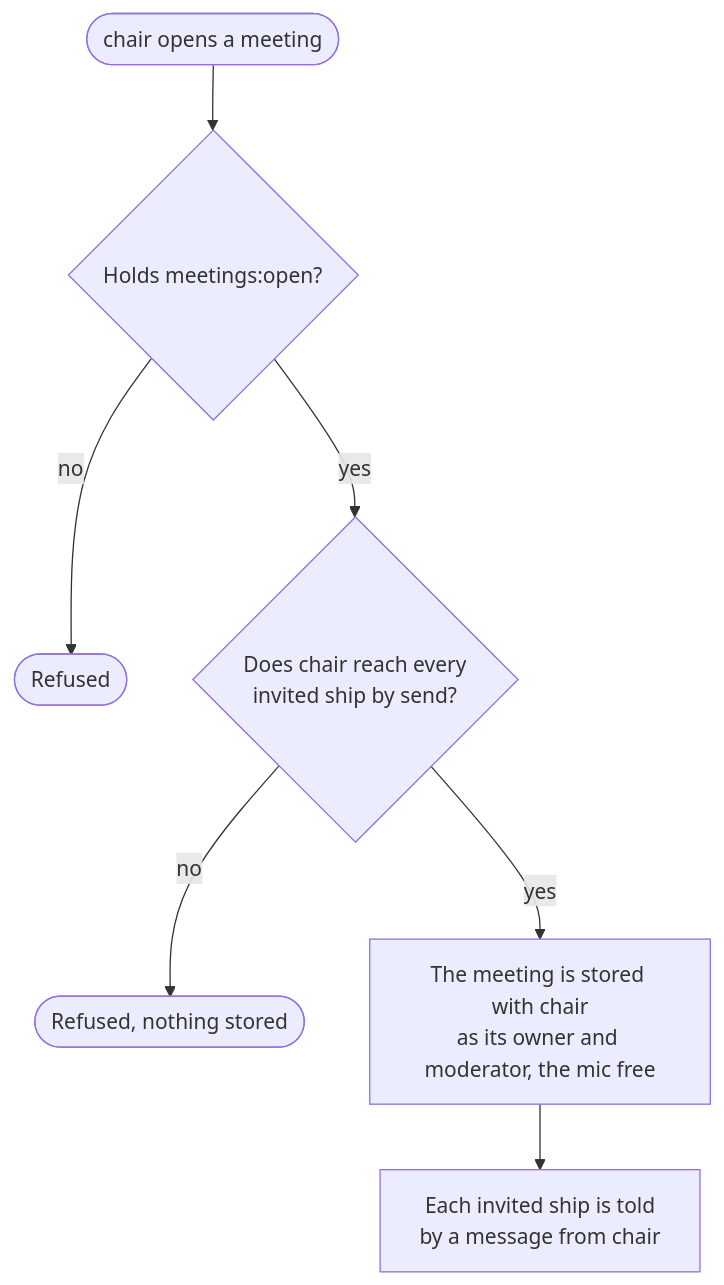
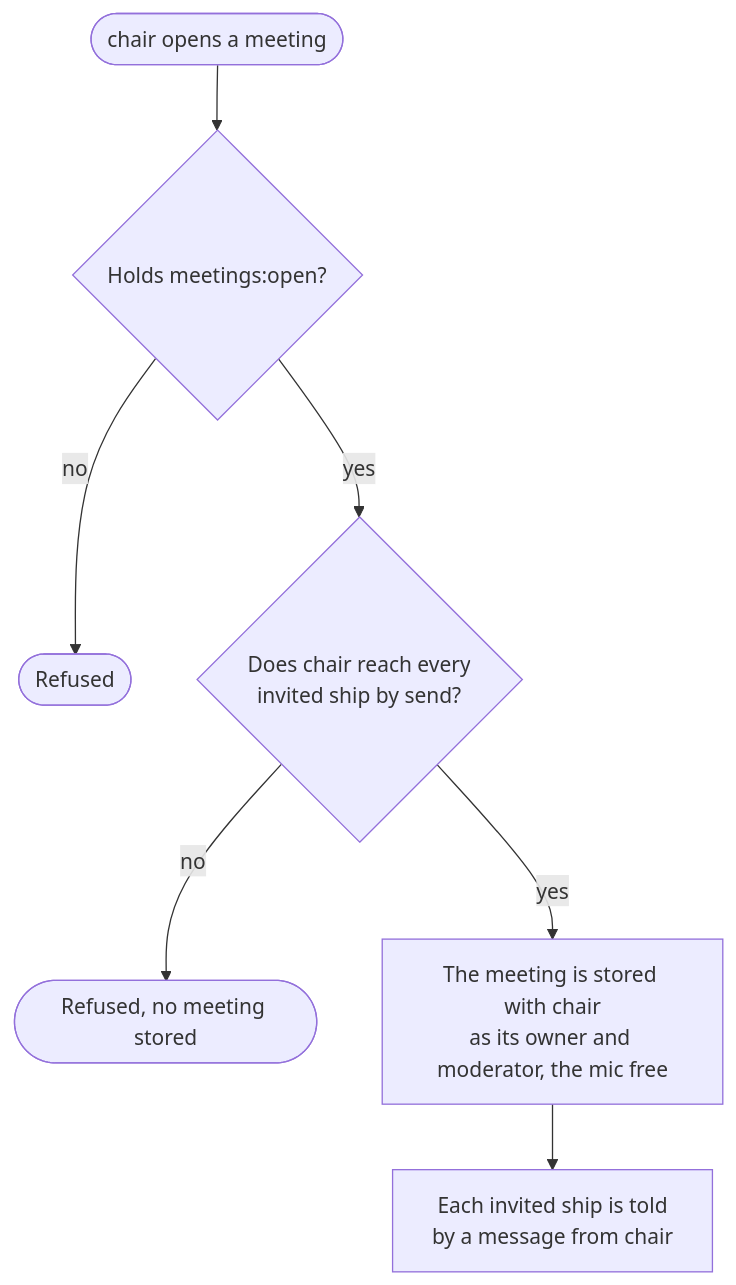
The second of 3 diagrams in docs/guide/hold-a-meeting.md (ThomasHendrickx/aeolus-fleet), drawn with Mermaid before and after one commit. The commit also changed other lines of this file, not shown here.

Commit message:
Fix the findings of the review of the hold a meeting guide

````diff
--- a/docs/guide/hold-a-meeting.md
+++ b/docs/guide/hold-a-meeting.md
@@ -48,9 +48,9 @@
 ```mermaid
 flowchart TD
     open(["chair opens a meeting"]) --> scope{"Holds meetings:open?"}
     scope -->|no| r1(["Refused"])
     scope -->|yes| reach{"Does chair reach every<br/>invited ship by send?"}
-    reach -->|no| r2(["Refused, nothing stored"])
+    reach -->|no| r2(["Refused, no meeting stored"])
     reach -->|yes| stored["The meeting is stored with chair<br/>as its owner and moderator, the mic free"]
     stored --> told["Each invited ship is told<br/>by a message from chair"]
 ```
````
